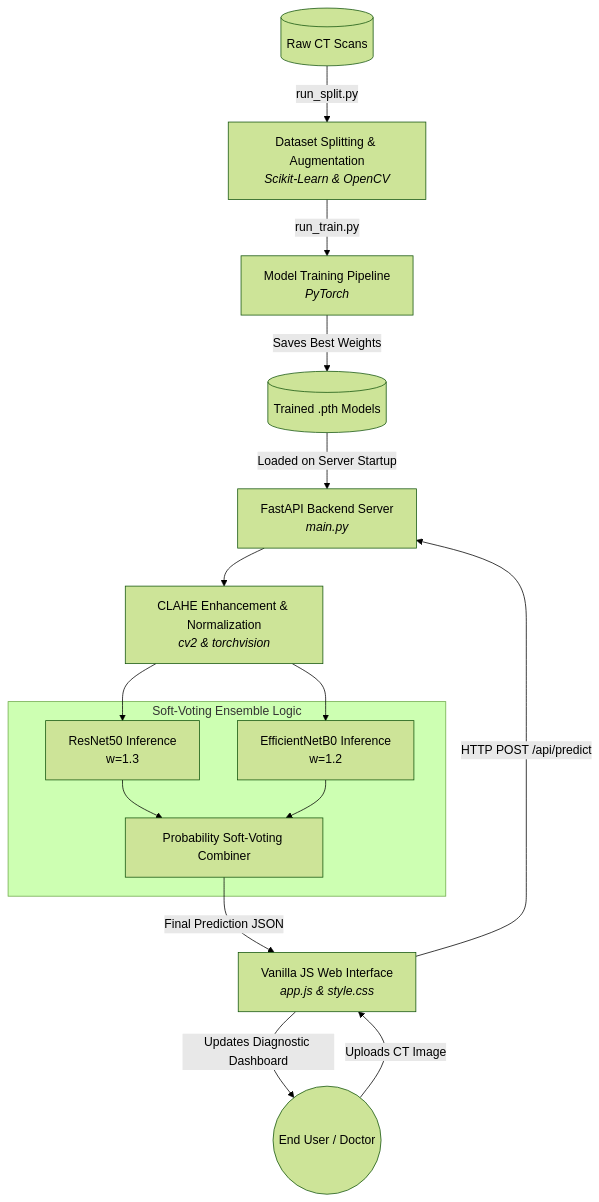
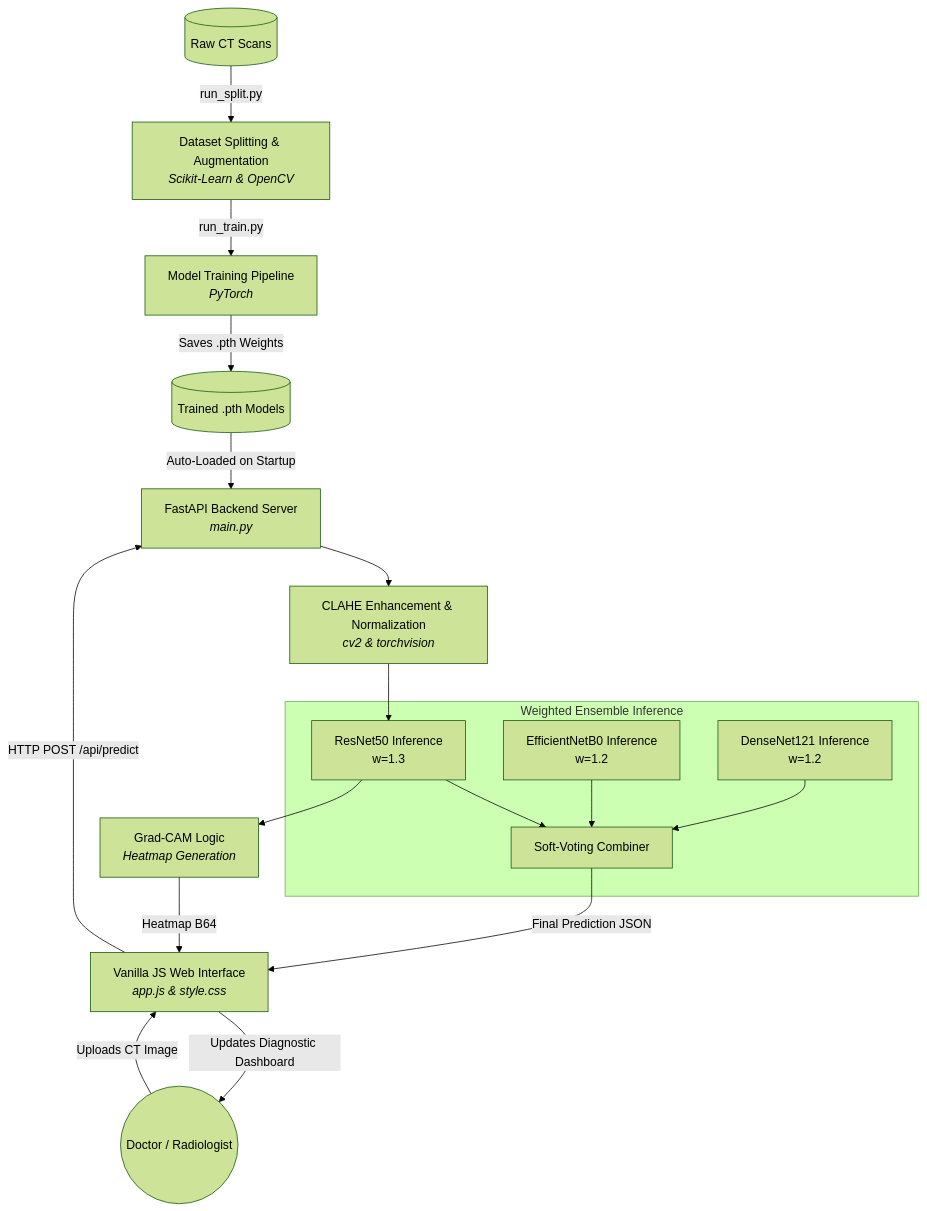
One commit to vkurmi2004/LungCancerDX changed the diagram in Project_Architecture_Overview.md. Above: the diagram before and after it, drawn with Mermaid (forest theme). The commit also changed other lines of this file and 3 other files, not shown here.

Commit message:
docs: update architecture overview and readme; update frontend app logic

````diff
--- a/Project_Architecture_Overview.md
+++ b/Project_Architecture_Overview.md
@@ -16,37 +17,42 @@
 ```mermaid
 graph TD
     %% Core Nodes
     RawData[(Raw CT Scans)]
     Split[Dataset Splitting & Augmentation<br/><i>Scikit-Learn & OpenCV</i>]
     Train[Model Training Pipeline<br/><i>PyTorch</i>]
     ModelRepo[(Trained .pth Models)]
     
     FastAPI[FastAPI Backend Server<br/><i>main.py</i>]
     ImagePreproc[CLAHE Enhancement & Normalization<br/><i>cv2 & torchvision</i>]
     
-    subgraph Soft-Voting Ensemble Logic
+    subgraph Weighted Ensemble Inference
         ResNet[ResNet50 Inference<br/>w=1.3]
         EfficientNet[EfficientNetB0 Inference<br/>w=1.2]
-        Combiner[Probability Soft-Voting Combiner]
+        DenseNet[DenseNet121 Inference<br/>w=1.2]
+        Combiner[Soft-Voting Combiner]
+        
         ResNet --> Combiner
         EfficientNet --> Combiner
+        DenseNet --> Combiner
     end
 
+    GradCAM[Grad-CAM Logic<br/><i>Heatmap Generation</i>]
     Frontend[Vanilla JS Web Interface<br/><i>app.js & style.css</i>]
-    User((End User / Doctor))
+    User((Doctor / Radiologist))
 
     %% Data Preparation Flow
     RawData -->|run_split.py| Split
     Split -->|run_train.py| Train
-    Train -- Saves Best Weights --> ModelRepo
+    Train -- Saves .pth Weights --> ModelRepo
     
     %% Prediction Flow
-    ModelRepo -- Loaded on Server Startup --> FastAPI
+    ModelRepo -- Auto-Loaded on Startup --> FastAPI
     User -- Uploads CT Image --> Frontend
     Frontend -- HTTP POST /api/predict --> FastAPI
     FastAPI --> ImagePreproc
     ImagePreproc --> ResNet
-    ImagePreproc --> EfficientNet
     Combiner -- Final Prediction JSON --> Frontend
+    ResNet --> GradCAM
+    GradCAM -- Heatmap B64 --> Frontend
     Frontend -- Updates Diagnostic Dashboard --> User
 ```
````
